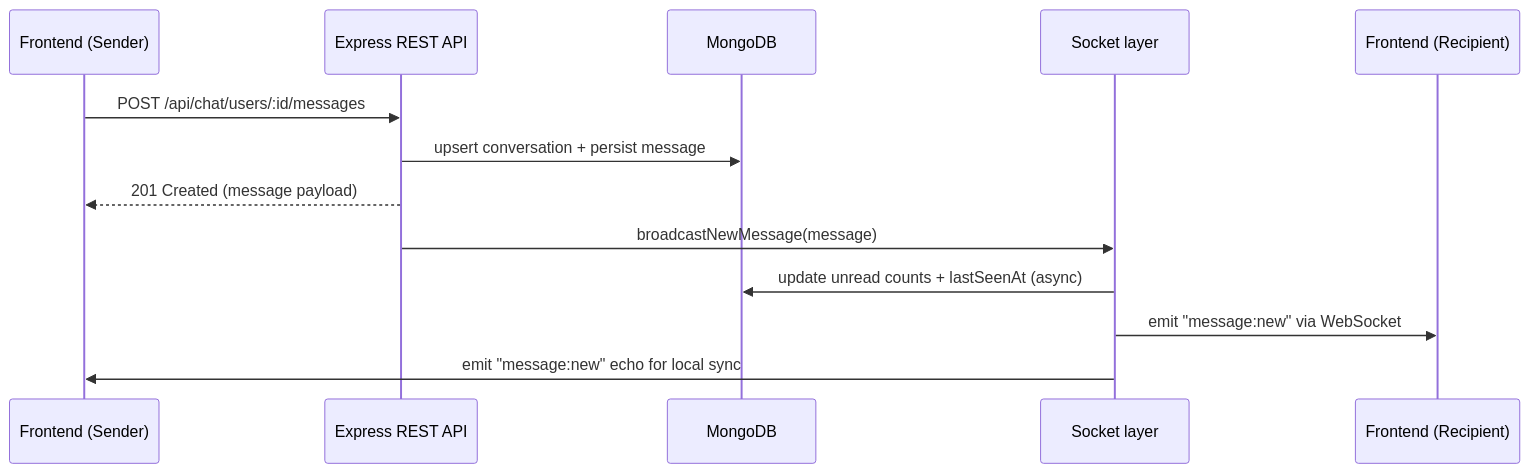
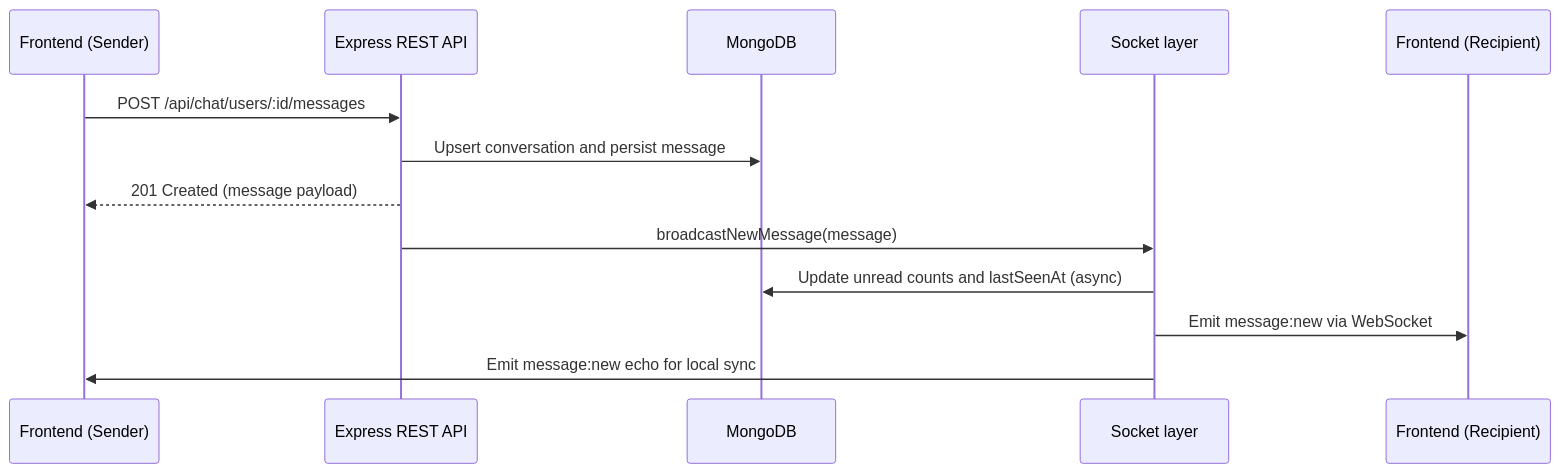
The third of 8 diagrams in README.md (Priyanshukumaranand/BranchConnect), drawn with Mermaid before and after one commit. The commit also changed other lines of this file, not shown here.

````diff
--- a/README.md
+++ b/README.md
@@ -193,16 +189,16 @@
 ```mermaid
 sequenceDiagram
   participant UserA as Frontend (Sender)
   participant API as Express REST API
   participant Mongo as MongoDB
   participant Socket as Socket layer
   participant UserB as Frontend (Recipient)
 
   UserA->>API: POST /api/chat/users/:id/messages
-  API->>Mongo: upsert conversation + persist message
+  API->>Mongo: Upsert conversation and persist message
   API-->>UserA: 201 Created (message payload)
   API->>Socket: broadcastNewMessage(message)
-  Socket->>Mongo: update unread counts + lastSeenAt (async)
-  Socket->>UserB: emit "message:new" via WebSocket
-  Socket->>UserA: emit "message:new" echo for local sync
+  Socket->>Mongo: Update unread counts and lastSeenAt (async)
+  Socket->>UserB: Emit message:new via WebSocket
+  Socket->>UserA: Emit message:new echo for local sync
 ```
````
